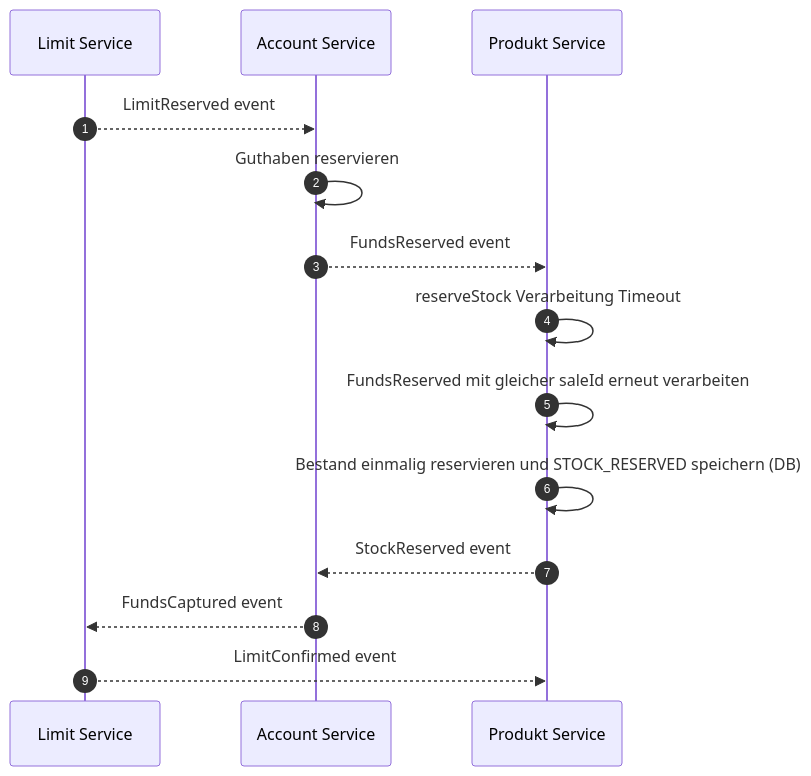
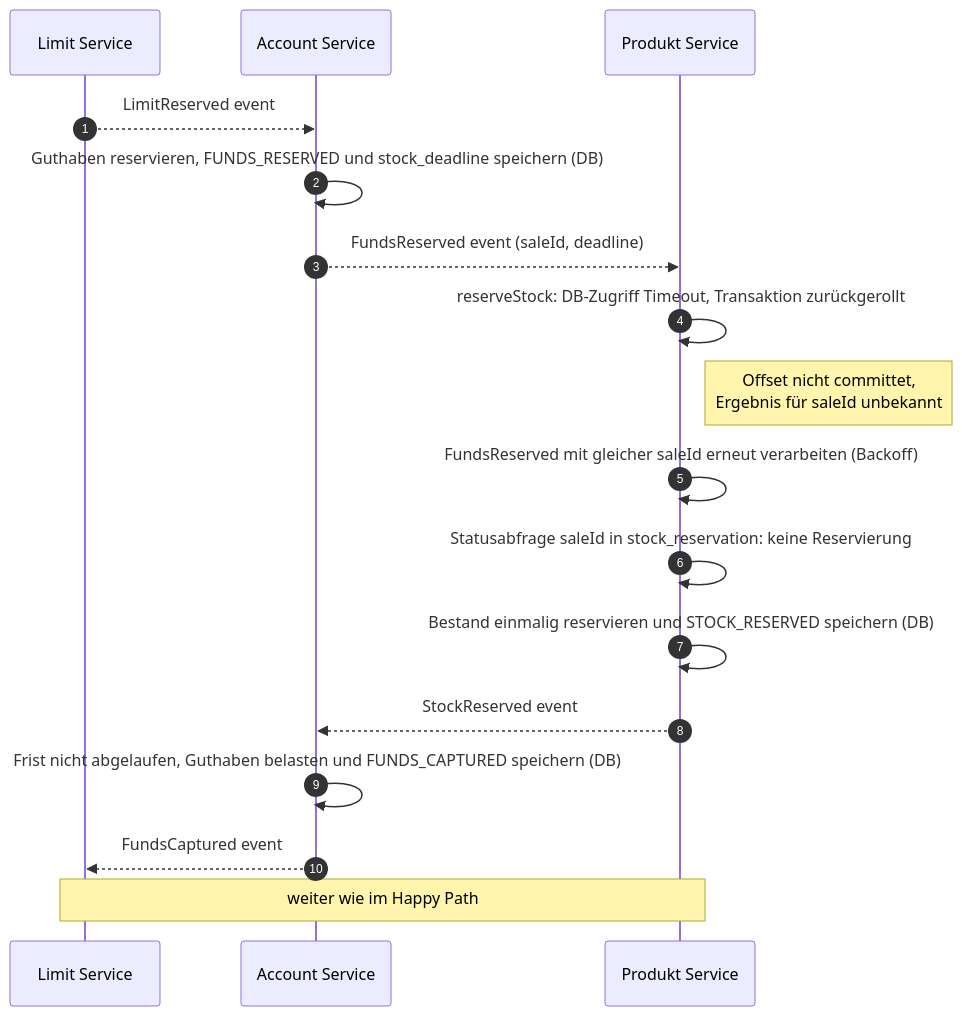
One commit to Adrian-Hansen-dev/second-hand-ticket-app changed diagram 22 of 30 in project-2/abgabe_projekt_2.md. Above: the diagram before and after it, drawn with Mermaid. The commit also changed other lines of this file, not shown here.

First line of the commit message:
Projekt 2: Timeout in der Choreographie über Frist

````diff
--- a/project-2/abgabe_projekt_2.md
+++ b/project-2/abgabe_projekt_2.md
@@ -761,17 +779,20 @@
 ```mermaid
 sequenceDiagram
     autonumber
     participant LS as Limit Service
     participant AS as Account Service
     participant PS as Produkt Service
 
     LS-->>AS: LimitReserved event
-    AS->>AS: Guthaben reservieren
-    AS-->>PS: FundsReserved event
-    PS->>PS: reserveStock Verarbeitung Timeout
-    PS->>PS: FundsReserved mit gleicher saleId erneut verarbeiten
+    AS->>AS: Guthaben reservieren, FUNDS_RESERVED und stock_deadline speichern (DB)
+    AS-->>PS: FundsReserved event (saleId, deadline)
+    PS->>PS: reserveStock: DB-Zugriff Timeout, Transaktion zurückgerollt
+    Note right of PS: Offset nicht committet,<br/>Ergebnis für saleId unbekannt
+    PS->>PS: FundsReserved mit gleicher saleId erneut verarbeiten (Backoff)
+    PS->>PS: Statusabfrage saleId in stock_reservation: keine Reservierung
     PS->>PS: Bestand einmalig reservieren und STOCK_RESERVED speichern (DB)
     PS-->>AS: StockReserved event
+    AS->>AS: Frist nicht abgelaufen, Guthaben belasten und FUNDS_CAPTURED speichern (DB)
     AS-->>LS: FundsCaptured event
-    LS-->>PS: LimitConfirmed event
+    Note over LS,PS: weiter wie im Happy Path
 ```
````
